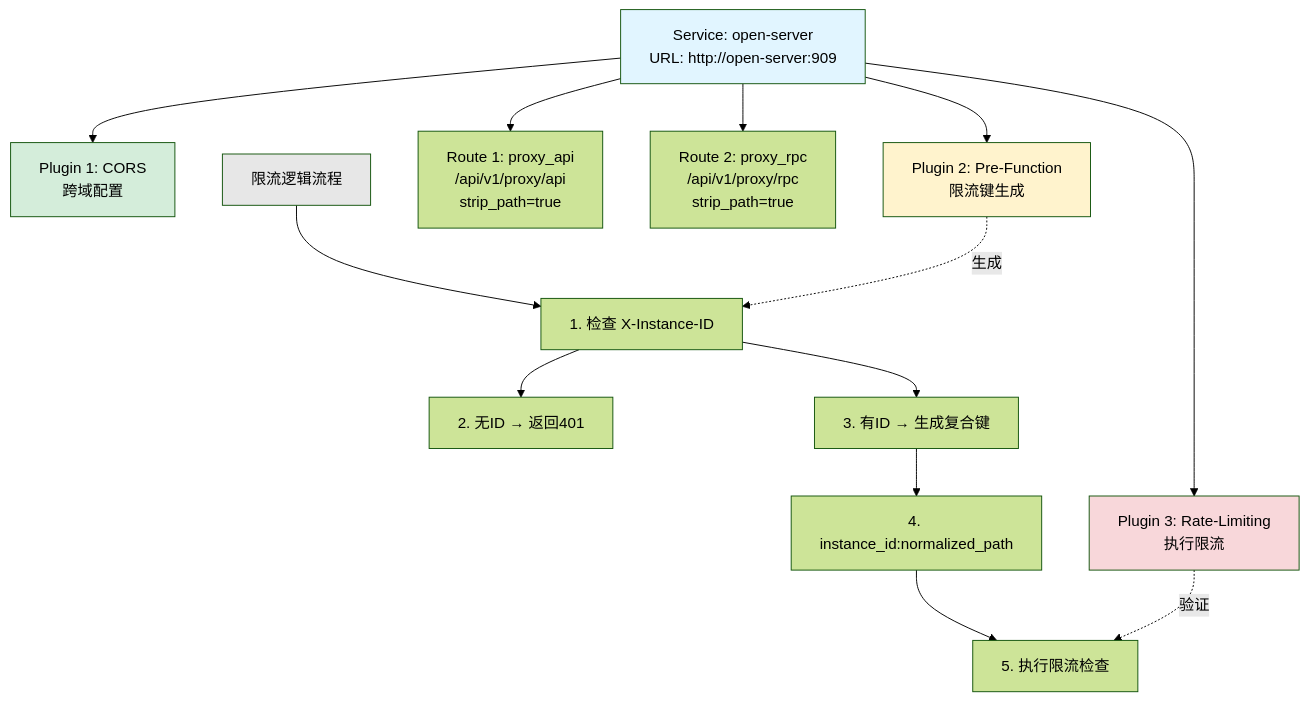
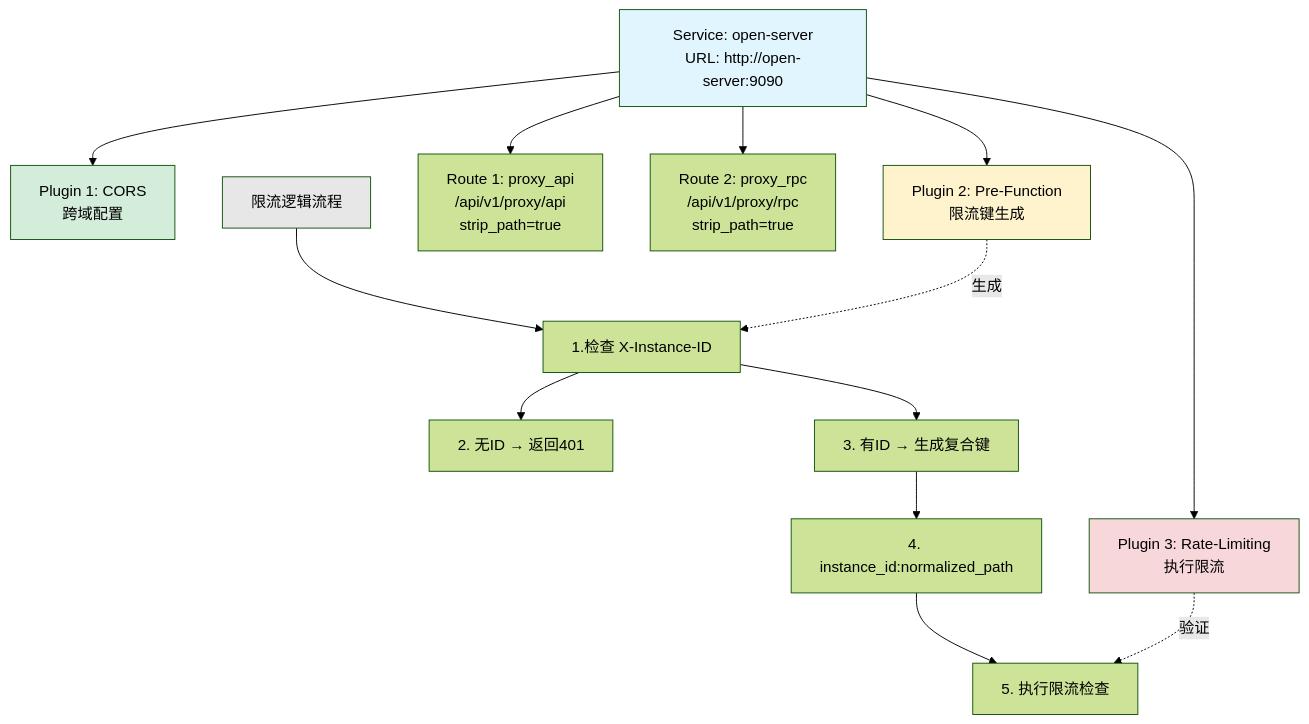
Before and after one commit to yingjianzh/iodraw-files: the diagram in all/未命名-8.md, drawn with Mermaid (forest theme).

Commit message:
2025-12-10 10:59:05 update

````diff
--- a/all/未命名-8.md
+++ b/all/未命名-8.md
@@ -1,39 +1,39 @@
 ```mermaid
 graph TB
-    S1[Service: open-server<br/>URL: http://open-server:909]
+    S1[Service: open-server<br/>URL: http://open-server:9090]
     
     S1P1[Plugin 1: CORS<br/>跨域配置]
     S1P2[Plugin 2: Pre-Function<br/>限流键生成]
     S1P3[Plugin 3: Rate-Limiting<br/>执行限流]
     
     R1[Route 1: proxy_api<br/>/api/v1/proxy/api<br/>strip_path=true]
     R2[Route 2: proxy_rpc<br/>/api/v1/proxy/rpc<br/>strip_path=true]
     
     S1 --> S1P1
     S1 --> S1P2
     S1 --> S1P3
     S1 --> R1
     S1 --> R2
     
     Logic[限流逻辑流程]
-    L1[1. 检查 X-Instance-ID]
+    L1[1.检查 X-Instance-ID]
     L2[2. 无ID → 返回401]
     L3[3. 有ID → 生成复合键]
     L4[4. instance_id:normalized_path]
     L5[5. 执行限流检查]
     
     Logic --> L1
     L1 --> L2
     L1 --> L3
     L3 --> L4
     L4 --> L5
     
     S1P2 -.生成.-> L1
     S1P3 -.验证.-> L5
     
     style S1 fill:#e1f5ff
     style S1P1 fill:#d4edda
     style S1P2 fill:#fff3cd
     style S1P3 fill:#f8d7da
     style Logic fill:#e7e7e7
 ```
````
